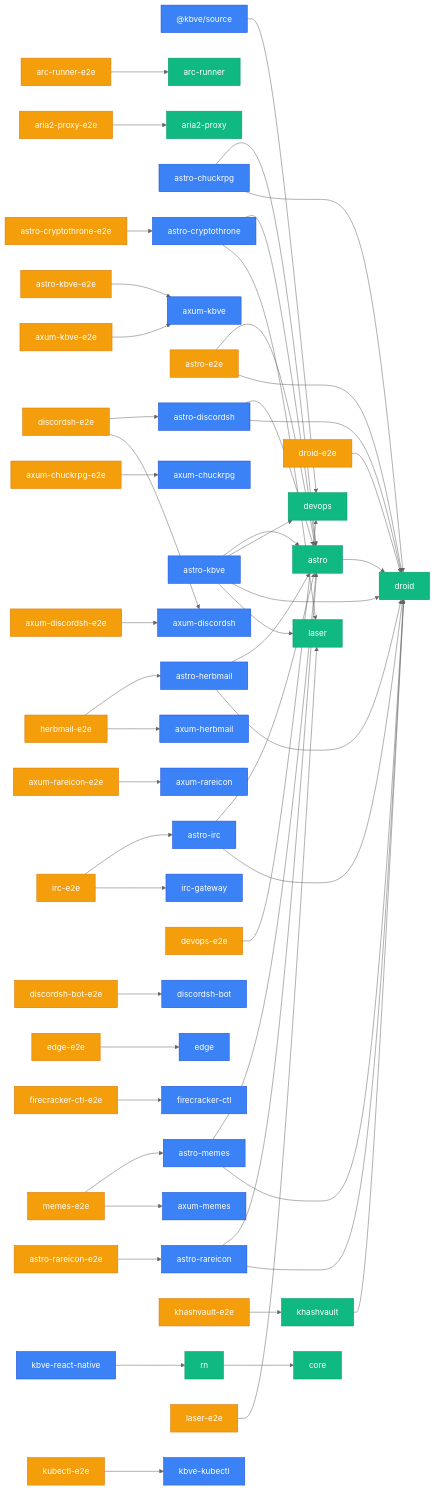
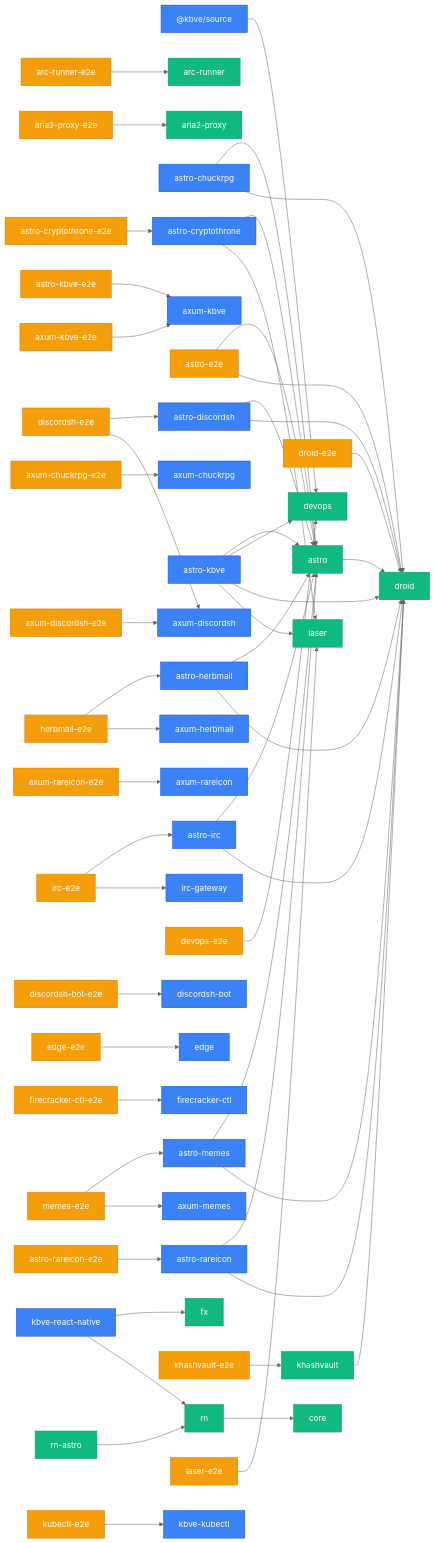
Before and after one commit to KBVE/kbve: the third of 3 diagrams in apps/kbve/astro-kbve/src/content/docs/dashboard/graph.mdx, drawn with Mermaid (neutral theme). The commit also changed other lines of this file and 8 other files, not shown here.

````diff
--- a/apps/kbve/astro-kbve/src/content/docs/dashboard/graph.mdx
+++ b/apps/kbve/astro-kbve/src/content/docs/dashboard/graph.mdx
@@ -79,59 +79,61 @@
 ```mermaid
 graph LR
     classDef app fill:#3b82f6,stroke:#1d4ed8,color:#fff
     classDef lib fill:#10b981,stroke:#059669,color:#fff
     classDef e2e fill:#f59e0b,stroke:#d97706,color:#fff
     _kbve_source["@kbve/source"] --> devops["devops"]
     arc_runner_e2e["arc-runner-e2e"] --> arc_runner["arc-runner"]
     aria2_proxy_e2e["aria2-proxy-e2e"] --> aria2_proxy["aria2-proxy"]
     astro["astro"] --> droid["droid"]
     astro_chuckrpg["astro-chuckrpg"] --> astro["astro"]
     astro_chuckrpg["astro-chuckrpg"] --> droid["droid"]
     astro_cryptothrone["astro-cryptothrone"] --> astro["astro"]
     astro_cryptothrone["astro-cryptothrone"] --> laser["laser"]
     astro_cryptothrone_e2e["astro-cryptothrone-e2e"] --> astro_cryptothrone["astro-cryptothrone"]
     astro_discordsh["astro-discordsh"] --> astro["astro"]
     astro_discordsh["astro-discordsh"] --> droid["droid"]
     astro_e2e["astro-e2e"] --> astro["astro"]
     astro_e2e["astro-e2e"] --> droid["droid"]
     astro_herbmail["astro-herbmail"] --> astro["astro"]
     astro_herbmail["astro-herbmail"] --> droid["droid"]
     astro_irc["astro-irc"] --> astro["astro"]
     astro_irc["astro-irc"] --> droid["droid"]
     astro_kbve["astro-kbve"] --> astro["astro"]
     astro_kbve["astro-kbve"] --> devops["devops"]
     astro_kbve["astro-kbve"] --> droid["droid"]
     astro_kbve["astro-kbve"] --> laser["laser"]
     astro_kbve_e2e["astro-kbve-e2e"] --> axum_kbve["axum-kbve"]
     astro_memes["astro-memes"] --> astro["astro"]
     astro_memes["astro-memes"] --> droid["droid"]
     astro_rareicon["astro-rareicon"] --> astro["astro"]
     astro_rareicon["astro-rareicon"] --> droid["droid"]
     astro_rareicon_e2e["astro-rareicon-e2e"] --> astro_rareicon["astro-rareicon"]
     axum_chuckrpg_e2e["axum-chuckrpg-e2e"] --> axum_chuckrpg["axum-chuckrpg"]
     axum_discordsh_e2e["axum-discordsh-e2e"] --> axum_discordsh["axum-discordsh"]
     axum_kbve_e2e["axum-kbve-e2e"] --> axum_kbve["axum-kbve"]
     axum_rareicon_e2e["axum-rareicon-e2e"] --> axum_rareicon["axum-rareicon"]
     devops_e2e["devops-e2e"] --> devops["devops"]
     discordsh_bot_e2e["discordsh-bot-e2e"] --> discordsh_bot["discordsh-bot"]
     discordsh_e2e["discordsh-e2e"] --> astro_discordsh["astro-discordsh"]
     discordsh_e2e["discordsh-e2e"] --> axum_discordsh["axum-discordsh"]
     droid_e2e["droid-e2e"] --> droid["droid"]
     edge_e2e["edge-e2e"] --> edge["edge"]
     firecracker_ctl_e2e["firecracker-ctl-e2e"] --> firecracker_ctl["firecracker-ctl"]
     herbmail_e2e["herbmail-e2e"] --> astro_herbmail["astro-herbmail"]
     herbmail_e2e["herbmail-e2e"] --> axum_herbmail["axum-herbmail"]
     irc_e2e["irc-e2e"] --> astro_irc["astro-irc"]
     irc_e2e["irc-e2e"] --> irc_gateway["irc-gateway"]
+    kbve_react_native["kbve-react-native"] --> fx["fx"]
     kbve_react_native["kbve-react-native"] --> rn["rn"]
     khashvault["khashvault"] --> droid["droid"]
     khashvault_e2e["khashvault-e2e"] --> khashvault["khashvault"]
     kubectl_e2e["kubectl-e2e"] --> kbve_kubectl["kbve-kubectl"]
     laser_e2e["laser-e2e"] --> laser["laser"]
     memes_e2e["memes-e2e"] --> astro_memes["astro-memes"]
     memes_e2e["memes-e2e"] --> axum_memes["axum-memes"]
     rn["rn"] --> core["core"]
+    rn_astro["rn-astro"] --> rn["rn"]
     class _kbve_source,agones_factorio,agones_factorio_relay,angelscript,astro_chuckrpg,astro_cryptothrone,astro_discordsh,astro_herbmail,astro_irc,astro_kbve,astro_memes,astro_rareicon,axum_chuckrpg,axum_cryptothrone,axum_discordsh,axum_herbmail,axum_kbve,axum_memes,axum_rareicon,cryptothrone,cryptothrone_server,desktop_kbve,discordsh,discordsh_bot,edge,firecracker_ctl,herbmail,iot_edge_worker,irc,irc_gateway,isometric,jobboard,kbve_kubectl,kbve_react_native,kbve_spider,kilobase,mc,mc_lobby,mc_velocity,memes,nd_server,nexus_defense,notification_bot,pydesk,rows,unity_rareicon,unreal_chuck,unreal_rentearth app
-    class arc_runner,aria2_proxy,astro,bevy_battle,bevy_behavior,bevy_cam,bevy_chat,bevy_db,bevy_inventory,bevy_items,bevy_kbve_net,bevy_mapdb,bevy_npc,bevy_pathfinder,bevy_player,bevy_quests,bevy_skills,bevy_statemachine,bevy_supa,bevy_tasker,chisel_ubuntu_axum,core,data_proto,data_sql,devops,droid,erust,firecracker_node_web,firecracker_python_net,firecracker_python_web,holy,jedi,kasm_cloakbrowser,kasm_void,kbve,kbve_wgpu,khashvault,laser,python_fudster,python_kbve,q,rn,simgrid,steamcmd_ubuntu,uniti lib
+    class arc_runner,aria2_proxy,astro,bevy_battle,bevy_behavior,bevy_cam,bevy_chat,bevy_db,bevy_inventory,bevy_items,bevy_kbve_net,bevy_mapdb,bevy_npc,bevy_pathfinder,bevy_player,bevy_quests,bevy_skills,bevy_statemachine,bevy_supa,bevy_tasker,chisel_ubuntu_axum,core,data_proto,data_sql,devops,droid,erust,firecracker_node_web,firecracker_python_net,firecracker_python_web,fx,holy,jedi,kasm_cloakbrowser,kasm_void,kbve,kbve_wgpu,khashvault,laser,python_fudster,python_kbve,q,rn,rn_astro,simgrid,steamcmd_ubuntu,uniti lib
     class arc_runner_e2e,aria2_proxy_e2e,astro_cryptothrone_e2e,astro_e2e,astro_kbve_e2e,astro_rareicon_e2e,axum_chuckrpg_e2e,axum_discordsh_e2e,axum_kbve_e2e,axum_rareicon_e2e,devops_e2e,discordsh_bot_e2e,discordsh_e2e,droid_e2e,edge_e2e,firecracker_ctl_e2e,herbmail_e2e,irc_e2e,khashvault_e2e,kubectl_e2e,laser_e2e,memes_e2e e2e
 ```
````
